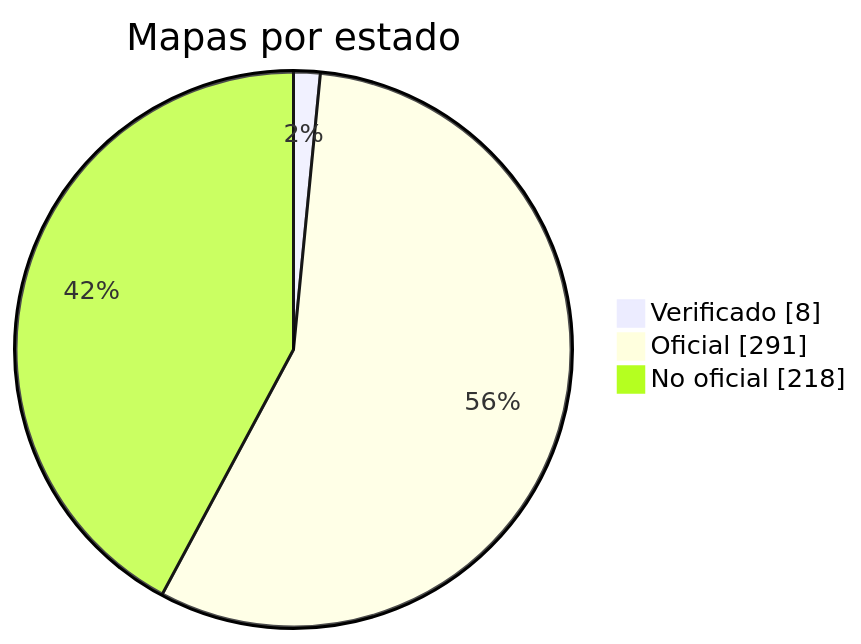
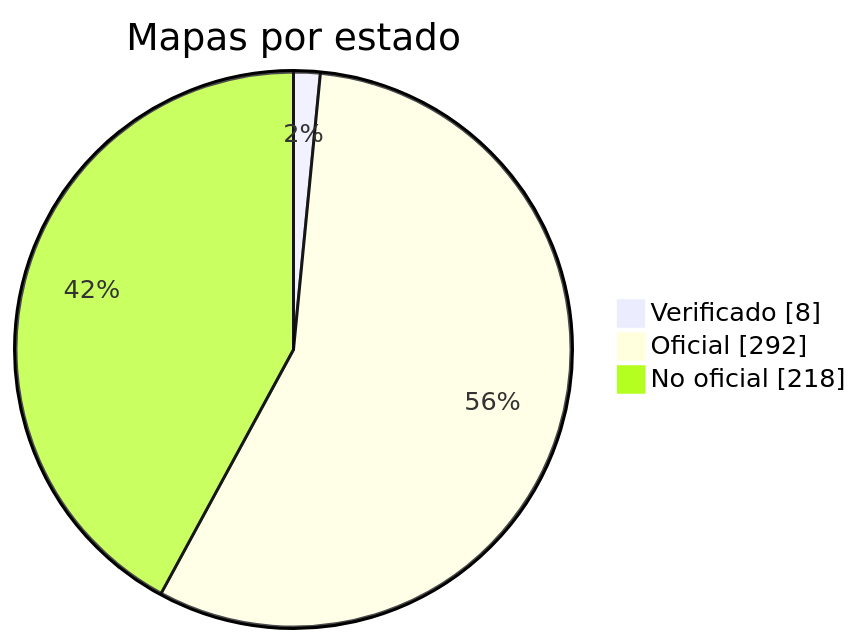
Before and after one commit to nobrega8/mbmap-library: the diagram in docs/readme/README_ES.md, drawn with Mermaid. The commit also changed 5 other files, not shown here.

````diff
--- a/docs/readme/README_ES.md
+++ b/docs/readme/README_ES.md
@@ -54,7 +54,7 @@
 ```mermaid
 pie showData
     title Mapas por estado
     "Verificado" : 8
-    "Oficial" : 291
+    "Oficial" : 292
     "No oficial" : 218
 ```
````
